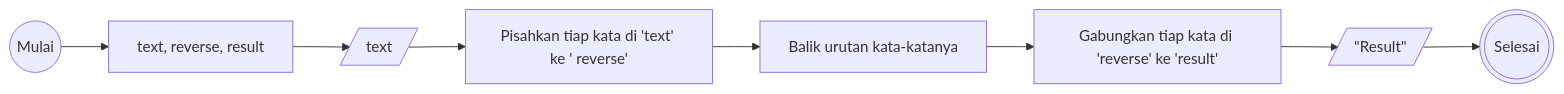
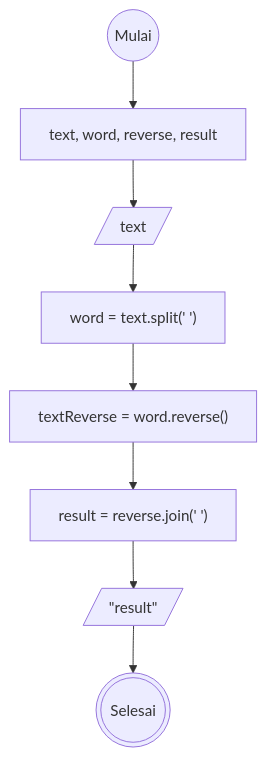
One commit to yusufbahtiarr/fgo24-weeklytask1 changed the second of 2 diagrams in algoritma.md. Above: the diagram before and after it, drawn with Mermaid. The commit also changed other lines of this file, not shown here.

````diff
--- a/algoritma.md
+++ b/algoritma.md
@@ -47,14 +51,14 @@
 ```mermaid
-flowchart LR
+flowchart TD
 
 a@{shape: circle, label: "Mulai"}
-b@{shape: rect, label: "text, reverse, result"}
+b@{shape: rect, label: "text, word, reverse, result"}
 c@{shape: lean-r, label: "text"}
-d@{shape: rect, label: "Pisahkan tiap kata di 'text' ke ' reverse'"}
-e@{shape: rect, label: "Balik urutan kata-katanya"}
-f@{shape: rect, label: "Gabungkan tiap kata di 'reverse' ke 'result'"}
-g@{shape: lean-r, label: '"Result"'}
+d@{shape: rect, label: "word = text.split(' ')"}
+e@{shape: rect, label: "textReverse = word.reverse()"}
+f@{shape: rect, label: "result = reverse.join(' ')"}
+g@{shape: lean-r, label: '"result"'}
 h@{shape: dbl-circ, label: "Selesai"}
 
 a-->b-->c-->d-->e-->f-->g-->h
 ```
````
